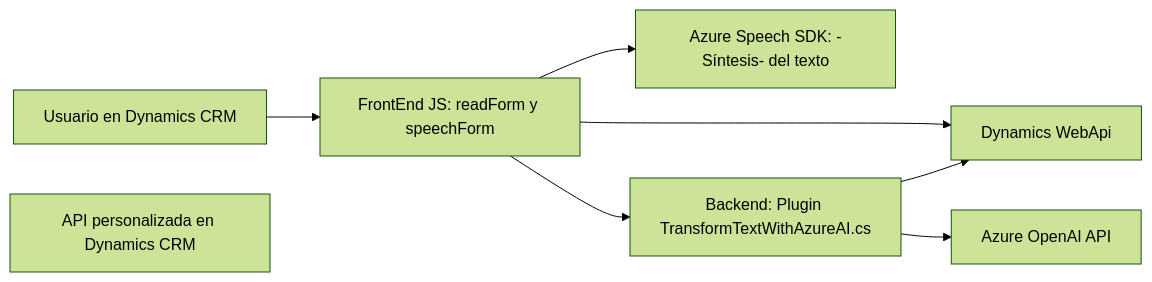
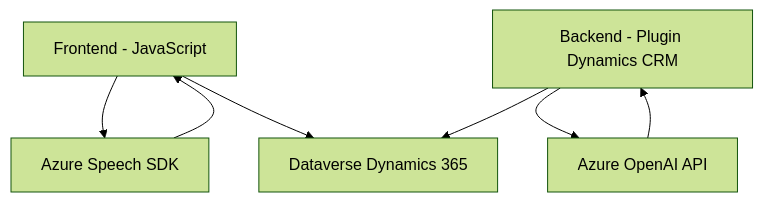
The diagram in README.md (blopezdm/NETCORE_BILBAO2025), drawn with Mermaid (forest theme) before and after one commit. The commit also changed other lines of this file, not shown here.

````diff
--- a/README.md
+++ b/README.md
@@ -54,17 +40,15 @@
 ```mermaid
-graph LR
-    A["Usuario en Dynamics CRM"]
-    B["FrontEnd JS: readForm y speechForm"]
-    C["Azure Speech SDK: -Síntesis- del texto"]
-    D["API personalizada en Dynamics CRM"]
-    E["Backend: Plugin TransformTextWithAzureAI.cs"]
-    F["Azure OpenAI API"] 
-    G["Dynamics WebApi"]
+graph TD
+    A["Frontend - JavaScript"]
+    B["Backend - Plugin Dynamics CRM"]
+    C["Azure Speech SDK"]
+    D["Azure OpenAI API"]
+    E["Dataverse Dynamics 365"]
 
-    A --> B
-    B --> C
-    B --> G
+    A --> C
+    A --> E 
+    B --> D
     B --> E
-    E --> F
-    E --> G
+    C --> A
+    D --> B
 ```
````
